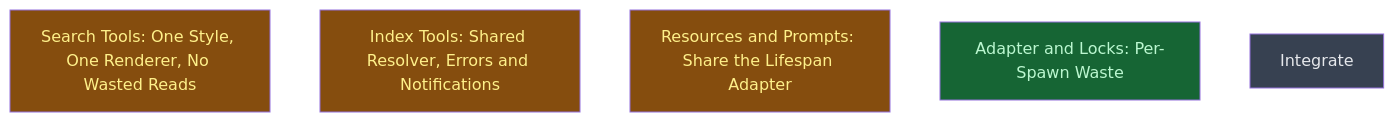
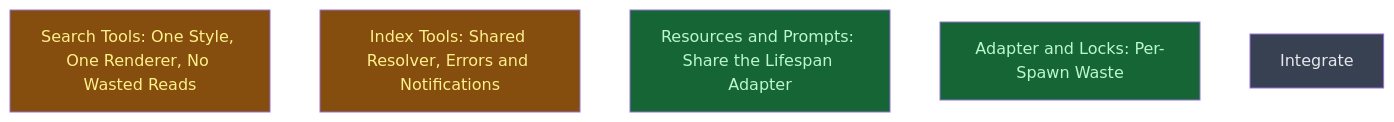
Before and after one commit to CrackingShells/colgrep-mcp: the diagram in __roadmap__/consistency/README.md, drawn with Mermaid. The commit also changed other lines of this file, not shown here.

Commit message:
docs(roadmap): record context_free_handlers as done and merged

````diff
--- a/__roadmap__/consistency/README.md
+++ b/__roadmap__/consistency/README.md
@@ -35,13 +35,13 @@
 ```mermaid
 graph TD
     search_tools[Search Tools: One Style, One Renderer, No Wasted Reads]:::inprogress
     index_tools[Index Tools: Shared Resolver, Errors and Notifications]:::inprogress
-    context_free_handlers[Resources and Prompts: Share the Lifespan Adapter]:::inprogress
+    context_free_handlers[Resources and Prompts: Share the Lifespan Adapter]:::done
     adapter_hygiene[Adapter and Locks: Per-Spawn Waste]:::done
     integrate[Integrate]:::planned
     classDef done       fill:#166534,color:#bbf7d0
     classDef inprogress fill:#854d0e,color:#fef08a
     classDef planned    fill:#374151,color:#e5e7eb
     classDef amendment  fill:#1e3a5f,color:#bfdbfe
     classDef blocked    fill:#7f1d1d,color:#fecaca
 ```
````
